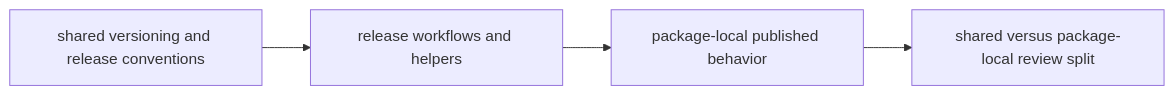
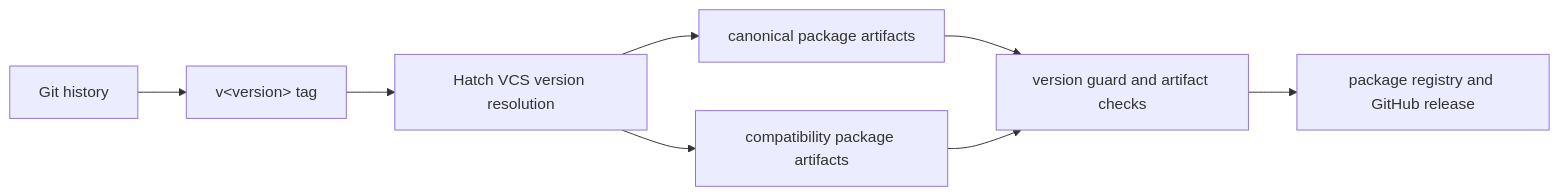
The first of 2 diagrams in docs/01-bijux-canon/operations/release-and-versioning.md (bijux/bijux-canon), drawn with Mermaid before and after one commit. The commit also changed other lines of this file and 2 other files, not shown here.

Commit message:
docs(repository): explain development and release contracts

````diff
--- a/docs/01-bijux-canon/operations/release-and-versioning.md
+++ b/docs/01-bijux-canon/operations/release-and-versioning.md
@@ -18,9 +24,10 @@
 ```mermaid
 flowchart LR
-    shared["shared versioning and release conventions"]
-    workflows["release workflows and helpers"]
-    packages["package-local published behavior"]
-    review["shared versus package-local review split"]
-
-    shared --> workflows --> packages --> review
+    history["Git history"] --> tag["v&lt;version&gt; tag"]
+    tag --> resolver["Hatch VCS version resolution"]
+    resolver --> canonical["canonical package artifacts"]
+    resolver --> compat["compatibility package artifacts"]
+    canonical --> verify["version guard and artifact checks"]
+    compat --> verify
+    verify --> registries["package registry and GitHub release"]
 ```
````
